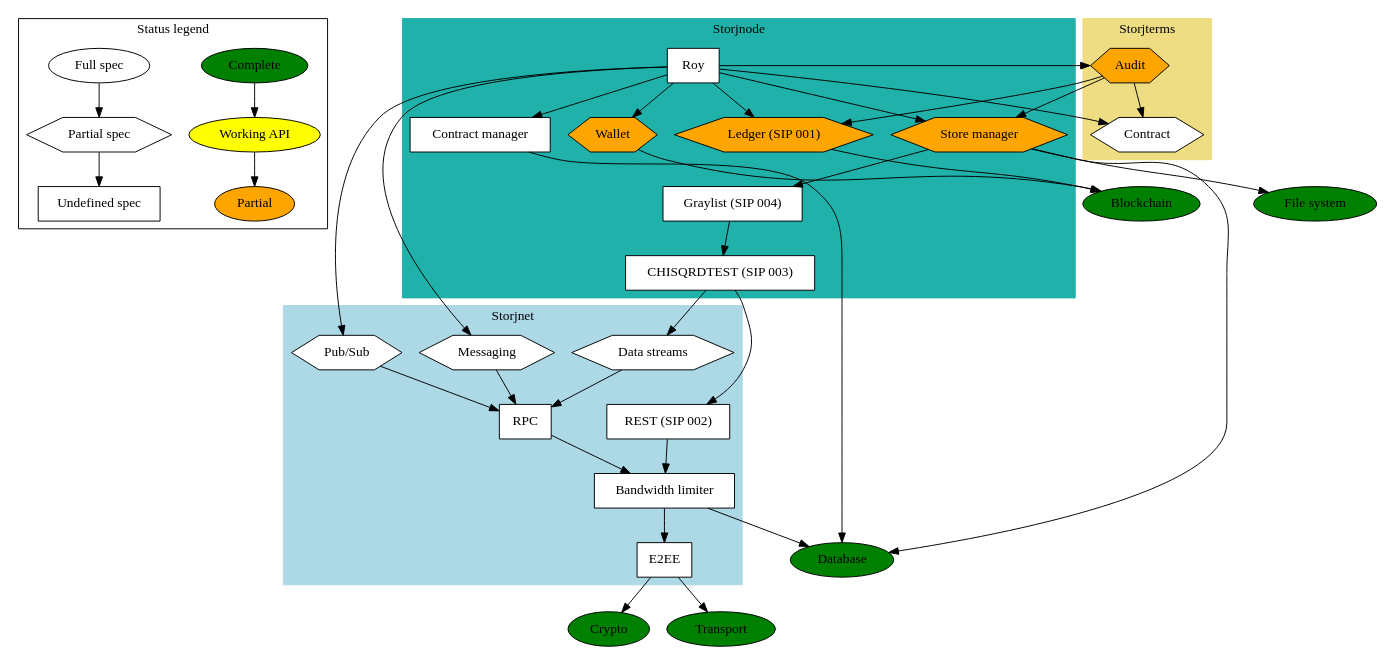
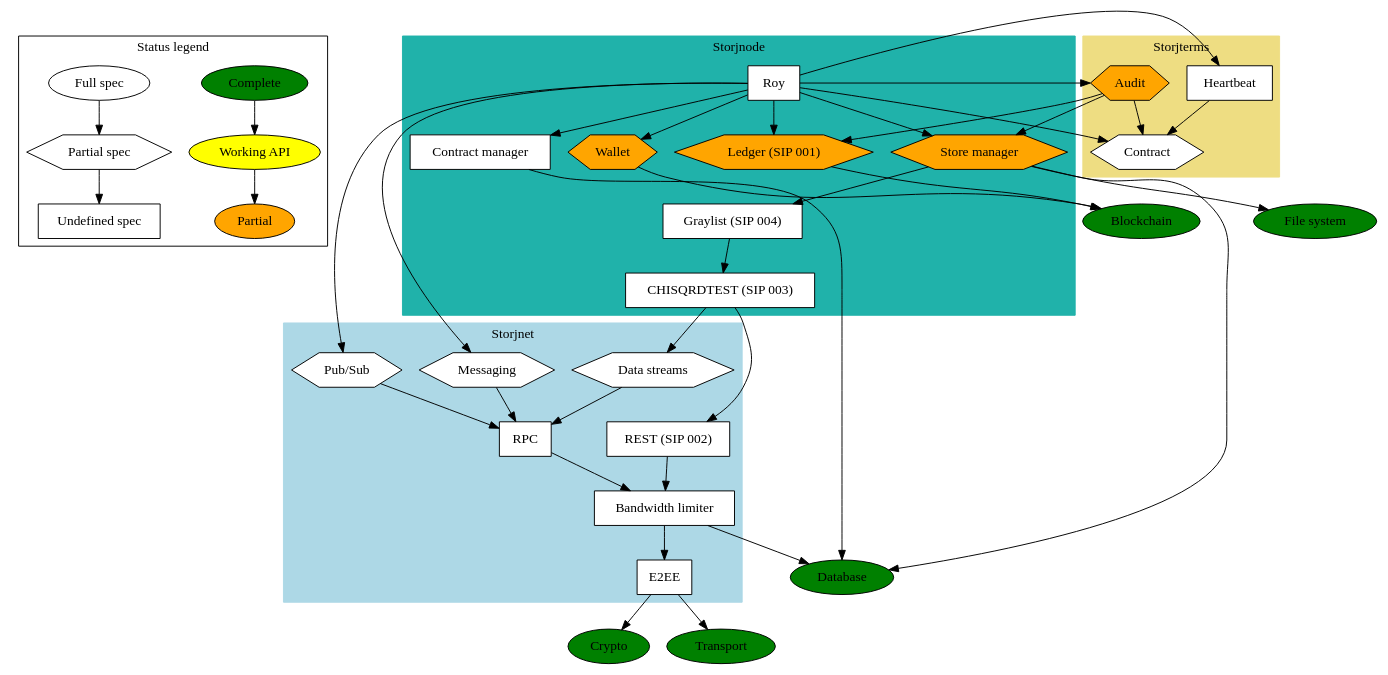
The diagram in status.dot (StorjOld/storjspec), drawn with Graphviz before and after one commit. The commit also changed 4 other files, not shown here.

```diff
--- a/status.dot
+++ b/status.dot
@@ -1,100 +1,103 @@
 // syntax guide: http://www.graphviz.org/pdf/dotguide.pdf
 // compile png: `dot -Tpng dependencies.dot -o dependencies.png`
 // compile pdf: `dot -Tpdf dependencies.dot -o dependencies.pdf`
 
 
 digraph G {
     node [shape="box", style="filled", color="black", fillcolor="white"];
 
     // LEGEND
     subgraph cluster_0 {
         label = "Status legend";
 
         "Complete" [fillcolor=green, shape=ellipse];
         "Working API" [fillcolor=yellow, shape=ellipse];
         "Partial" [fillcolor=orange, shape=ellipse];
 
         "Full spec" [shape=ellipse];
         "Partial spec" [shape=hexagon];
         "Undefined spec" [shape=box];
     };
     "Complete" -> "Working API" -> "Partial";
     "Full spec" -> "Partial spec" -> "Undefined spec";
 
 
     // STORJNET
     subgraph cluster_1 {
         label = "Storjnet";
         style=filled;
         color=lightblue;
 
         "Pub/Sub" [shape=hexagon]; // enable publishing and subscribing to events
         "Data streams" [shape=hexagon]; // full duplex data transfer
         "Messaging" [shape=hexagon]; // to shortcut the pubsub after peer found
         "RPC"; // rpc calls and data transfer between clients
         "E2EE"; // End-to-end encryption
         "Bandwidth limiter";
         "REST (SIP 002)"; // put/get shards
     };
     "Pub/Sub" -> "RPC";
     "Messaging" -> "RPC";
     "Data streams" -> "RPC";
     "RPC" -> "Bandwidth limiter";
     "REST (SIP 002)" -> "Bandwidth limiter";
     "Bandwidth limiter" -> "E2EE";
     "E2EE" -> "Crypto";
     "E2EE" -> "Transport";
     "Bandwidth limiter" -> "Database";
 
     // STORJTERMS
     subgraph cluster_2 {
         label = "Storjterms";
         style=filled;
         color=lightgoldenrod;
 
         "Contract" [shape=hexagon]; // terms of a storage contract between peers
         "Audit" [fillcolor=orange, shape=hexagon]; // track state of a contract over time
+        "Heartbeat";
     };
     "Audit" -> "Contract"; // when/how to perform the audit
     "Audit" -> "Store manager"; // perform audit challange
     "Audit" -> "Ledger (SIP 001)"; // save result in ledger
+    "Heartbeat" -> "Contract";
 
     // STORJNODE
     subgraph cluster_3 {
         label = "Storjnode";
         style=filled;
         color=lightseagreen;
 
         "Roy"; // for sending/receiving of funds for services used 
         "Store manager" [fillcolor=orange, shape=hexagon];
         "Wallet" [fillcolor=orange, shape=hexagon];
         "Contract manager"; // Store contracts
         "CHISQRDTEST (SIP 003)";
         "Graylist (SIP 004)";
         "Ledger (SIP 001)" [fillcolor=orange, shape=hexagon];
     };
     "Roy" -> "Contract manager";
     "Contract manager" -> "Database";
     "Store manager" -> "File system";
     "Store manager" -> "Graylist (SIP 004)";
     "Store manager" -> "Database";
     "Graylist (SIP 004)" -> "CHISQRDTEST (SIP 003)";
     "CHISQRDTEST (SIP 003)" -> "Data streams";
     "CHISQRDTEST (SIP 003)" -> "REST (SIP 002)";
     "Wallet" -> "Blockchain";
     "Roy" -> "Messaging";
     "Roy" -> "Audit"; // perform audits
     "Roy" -> "Contract"; // verify agreed to use/provide a service
+    "Roy" -> "Heartbeat";
     "Roy" -> "Ledger (SIP 001)"; // verify service was used/provided
     "Roy" -> "Wallet"; // transfer funds
     "Roy" -> "Pub/Sub"; // ask/bid on contracts
     "Roy" -> "Store manager";
     "Ledger (SIP 001)" -> "Blockchain";
 
     // EXTERNAL
     "File system" [fillcolor=green, shape=ellipse];
     "Crypto" [fillcolor=green, shape=ellipse];
     "Database" [fillcolor=green, shape=ellipse];
     "Blockchain" [fillcolor=green, shape=ellipse];
     "Transport" [fillcolor=green, shape=ellipse];
 }
```
